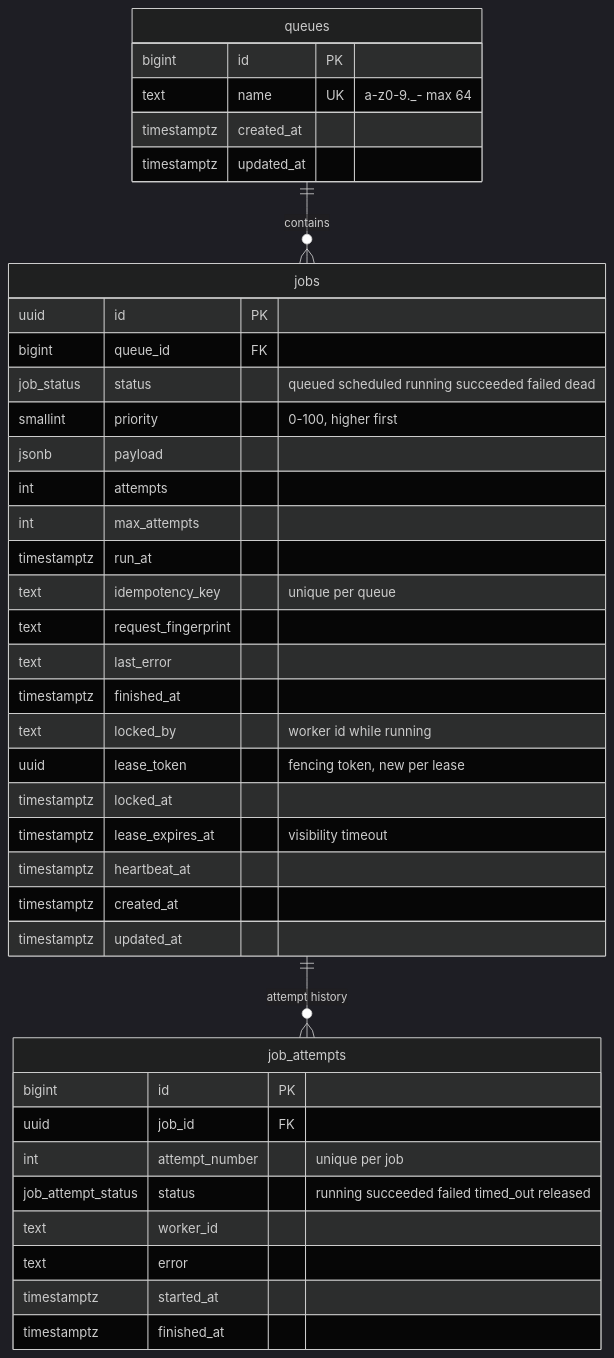
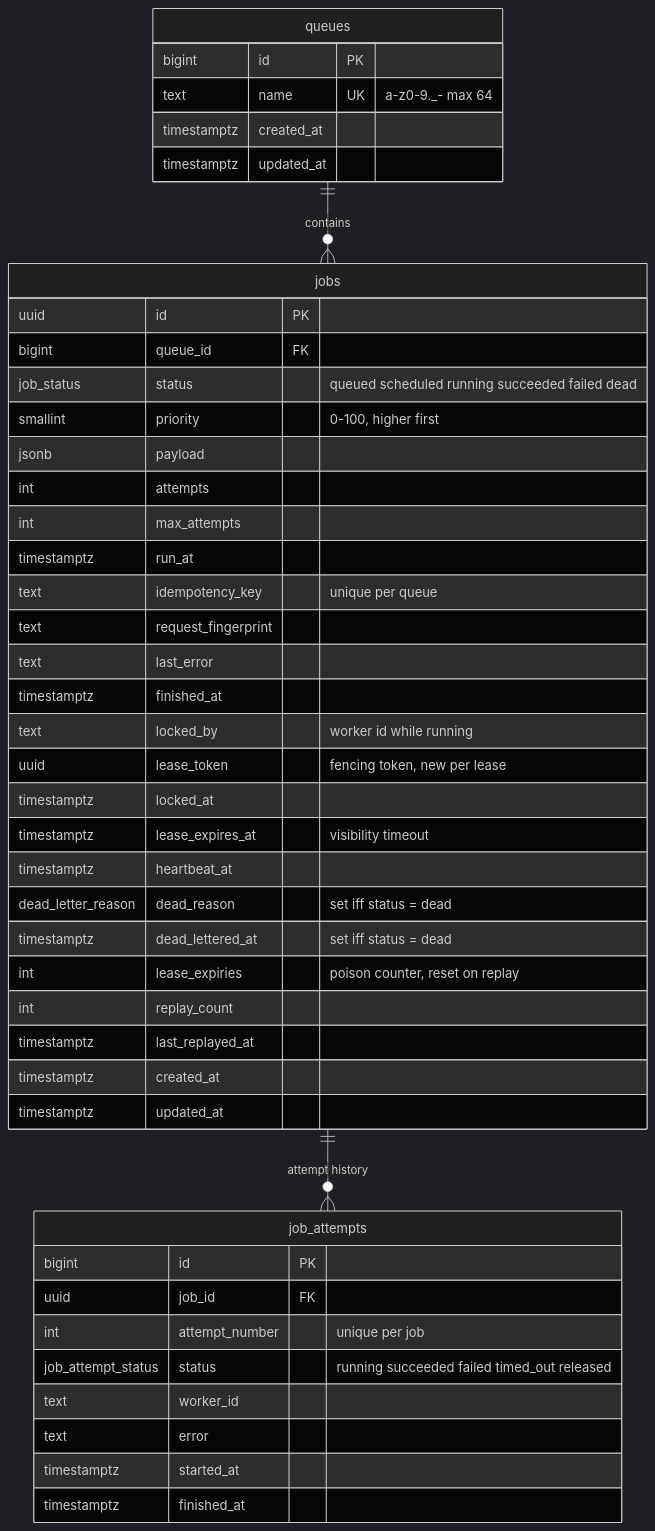
One commit to smraddhi18/pulsequeue changed the sixth of 6 diagrams in README.md. Above: the diagram before and after it, drawn with Mermaid (dark theme). The commit also changed other lines of this file and 2 other files, not shown here.

Commit message:
docs: document Milestone 3 dead-letter queue and mark it done in the roadmap

````diff
--- a/README.md
+++ b/README.md
@@ -201,43 +261,48 @@
 ```mermaid
 erDiagram
     queues ||--o{ jobs : contains
     jobs ||--o{ job_attempts : "attempt history"
 
     queues {
         bigint id PK
         text name UK "a-z0-9._- max 64"
         timestamptz created_at
         timestamptz updated_at
     }
     jobs {
         uuid id PK
         bigint queue_id FK
         job_status status "queued scheduled running succeeded failed dead"
         smallint priority "0-100, higher first"
         jsonb payload
         int attempts
         int max_attempts
         timestamptz run_at
         text idempotency_key "unique per queue"
         text request_fingerprint
         text last_error
         timestamptz finished_at
         text locked_by "worker id while running"
         uuid lease_token "fencing token, new per lease"
         timestamptz locked_at
         timestamptz lease_expires_at "visibility timeout"
         timestamptz heartbeat_at
+        dead_letter_reason dead_reason "set iff status = dead"
+        timestamptz dead_lettered_at "set iff status = dead"
+        int lease_expiries "poison counter, reset on replay"
+        int replay_count
+        timestamptz last_replayed_at
         timestamptz created_at
         timestamptz updated_at
     }
     job_attempts {
         bigint id PK
         uuid job_id FK
         int attempt_number "unique per job"
         job_attempt_status status "running succeeded failed timed_out released"
         text worker_id
         text error
         timestamptz started_at
         timestamptz finished_at
     }
 ```
````
